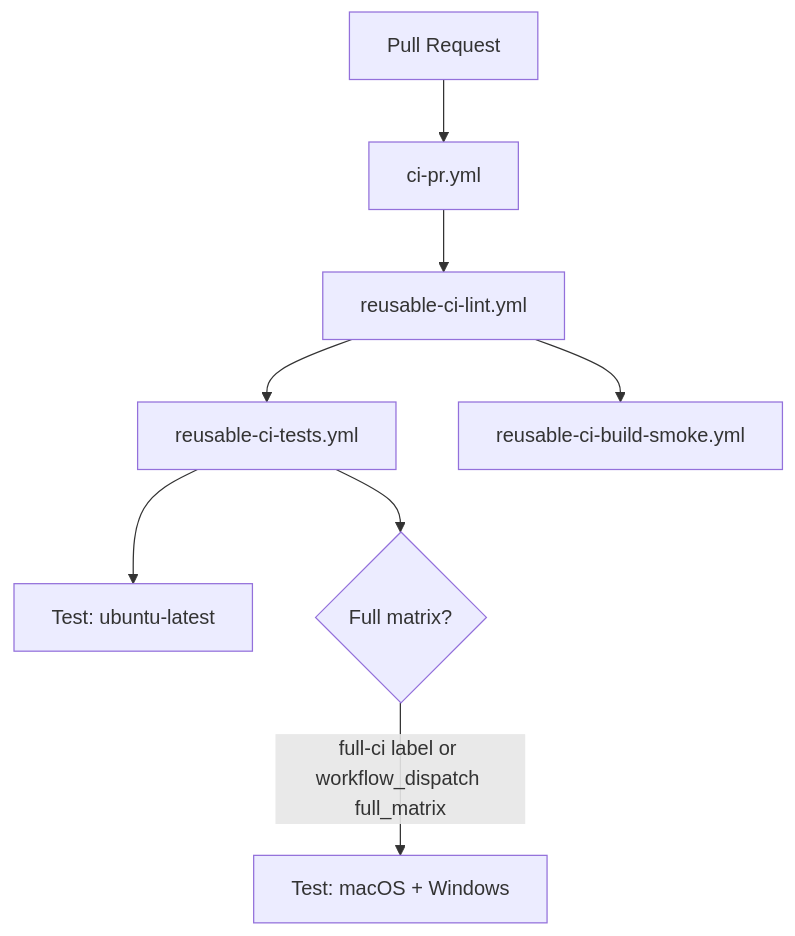
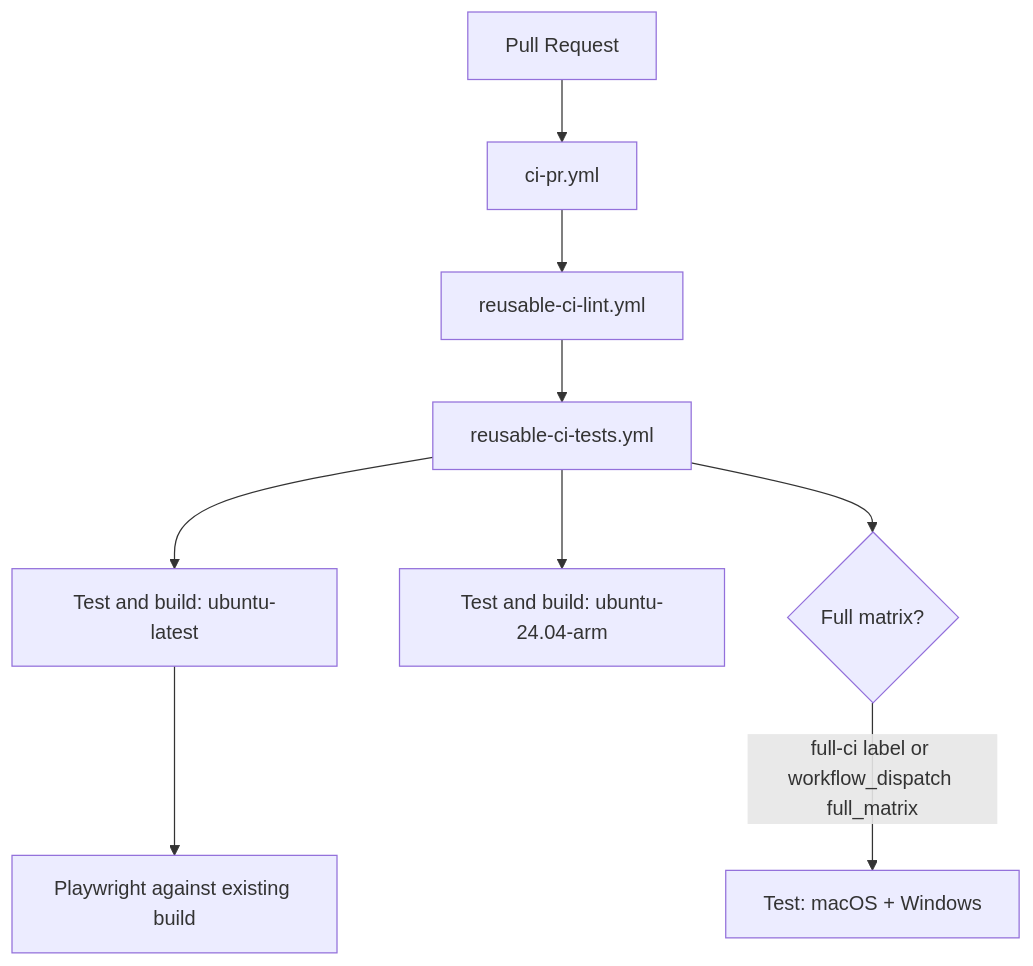
One commit to josstei/prismgb-app changed the first of 6 diagrams in docs/ci-cd-workflows.md. Above: the diagram before and after it, drawn with Mermaid. The commit also changed other lines of this file and 331 other files, not shown here.

Commit message:
refactor: simplify application architecture and resource ownership

````diff
--- a/docs/ci-cd-workflows.md
+++ b/docs/ci-cd-workflows.md
@@ -53,11 +53,12 @@
 ```mermaid
 flowchart TD
   PR[Pull Request] --> CI[ci-pr.yml]
   CI --> LINT[reusable-ci-lint.yml]
   LINT --> TESTS[reusable-ci-tests.yml]
-  LINT --> SMOKE[reusable-ci-build-smoke.yml]
 
-  TESTS --> LINUX[Test: ubuntu-latest]
+  TESTS --> LINUX[Test and build: ubuntu-latest]
+  LINUX --> E2E[Playwright against existing build]
+  TESTS --> ARM[Test and build: ubuntu-24.04-arm]
   TESTS --> MATRIX{Full matrix?}
   MATRIX -->|full-ci label or workflow_dispatch full_matrix| OS[Test: macOS + Windows]
 ```
````
